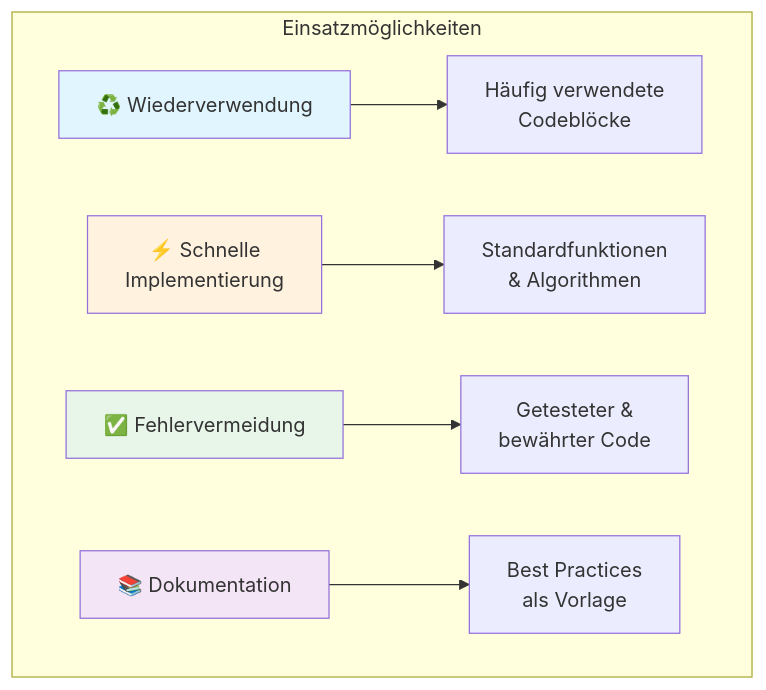
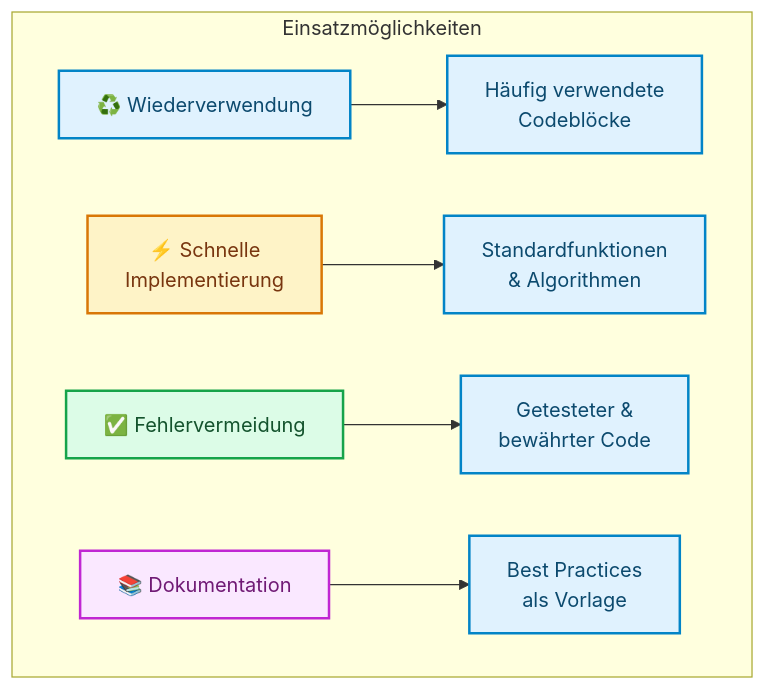
Before and after one commit to ralf-42/ML_Intro: the fourth of 6 diagrams in docs/concepts/grundlagen/coding-arbeitsweisen.md, drawn with Mermaid. The commit also changed other lines of this file and 67 other files, not shown here.

````diff
--- a/docs/concepts/grundlagen/coding-arbeitsweisen.md
+++ b/docs/concepts/grundlagen/coding-arbeitsweisen.md
@@ -209,14 +214,17 @@
 ```mermaid
 flowchart TD
     subgraph Vorteile["Einsatzmöglichkeiten"]
         A[♻️ Wiederverwendung] --> A1[Häufig verwendete<br/>Codeblöcke]
         B[⚡ Schnelle<br/>Implementierung] --> B1[Standardfunktionen<br/>& Algorithmen]
         C[✅ Fehlervermeidung] --> C1[Getesteter &<br/>bewährter Code]
         D[📚 Dokumentation] --> D1[Best Practices<br/>als Vorlage]
     end
-    
-    style A fill:#e1f5fe
-    style B fill:#fff3e0
-    style C fill:#e8f5e9
-    style D fill:#f3e5f5
+
+    classDef default fill:#e0f2fe,stroke:#0284c7,stroke-width:2px,color:#0c4a6e;
+    classDef metric fill:#fef3c7,stroke:#d97706,stroke-width:2px,color:#78350f;
+    classDef output fill:#dcfce7,stroke:#16a34a,stroke-width:2px,color:#14532d;
+    classDef target fill:#fae8ff,stroke:#c026d3,stroke-width:2px,color:#701a75;
+    class B metric;
+    class C output;
+    class D target;
 ```
````
